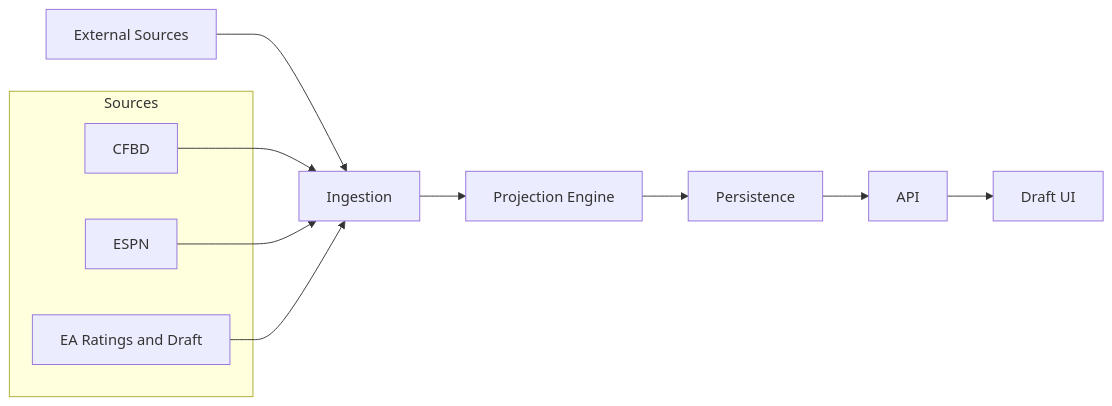
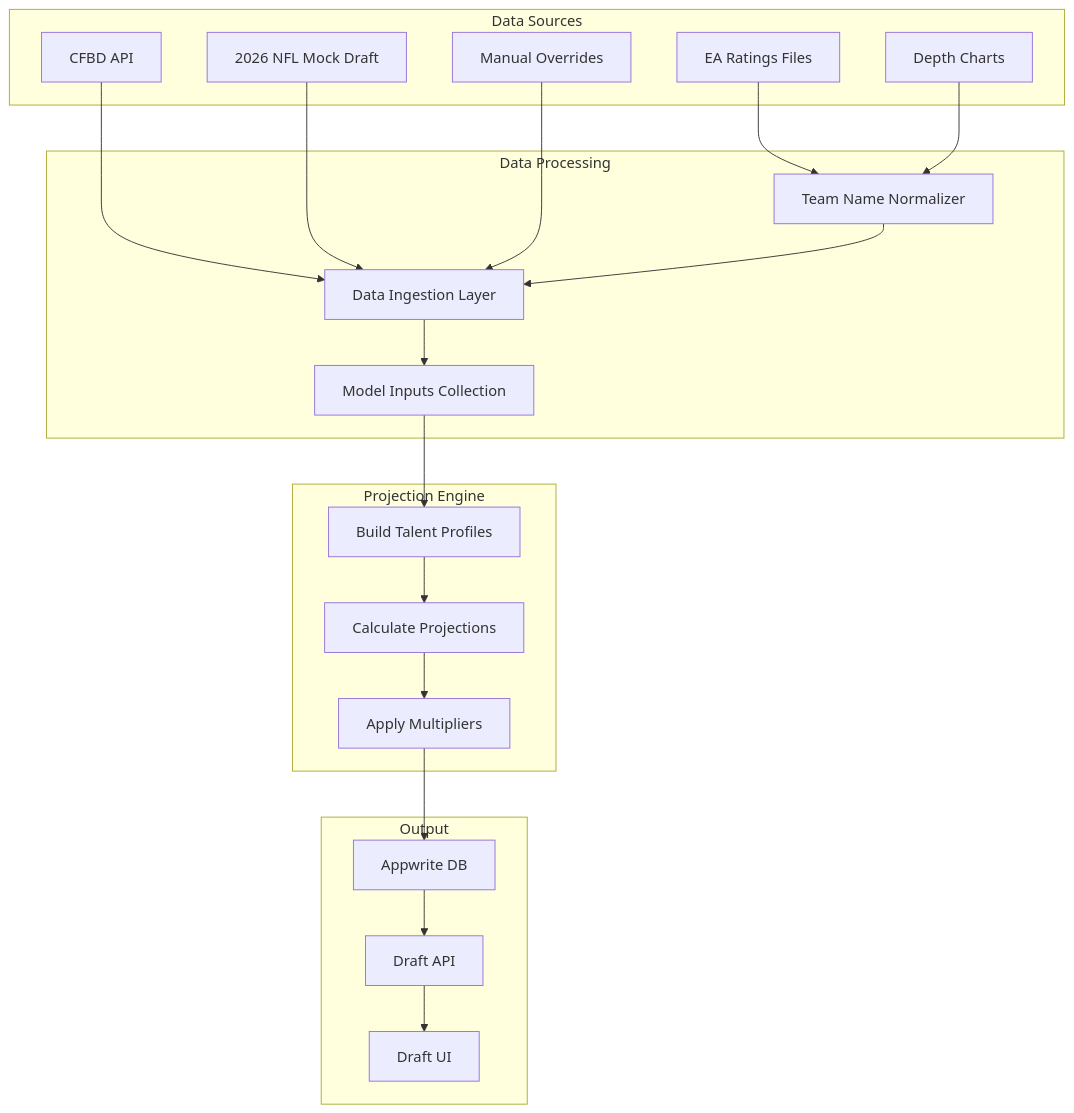
The first of 9 diagrams in public/docs/draft/PROJECTIONS_DIAGRAMS.md (kpm34/college-football-fantasy-app), drawn with Mermaid before and after one commit. The commit also changed other lines of this file and 11 other files, not shown here.

First line of the commit message:
feat: Update projection system with enhanced logic and comprehensive diagrams

````diff
--- a/public/docs/draft/PROJECTIONS_DIAGRAMS.md
+++ b/public/docs/draft/PROJECTIONS_DIAGRAMS.md
@@ -9,17 +5,43 @@
 ```mermaid
-flowchart LR
-  A[External Sources] --> B[Ingestion]
-  B --> C[Projection Engine]
-  C --> D[Persistence]
-  D --> E[API]
-  E --> F[Draft UI]
-
-  subgraph Sources
-    S1[CFBD]
-    S2[ESPN]
-    S3[EA Ratings and Draft]
-  end
-  S1 --> B
-  S2 --> B
-  S3 --> B
+flowchart TB
+    subgraph "Data Sources"
+        CFBD[CFBD API]
+        EA[EA Ratings Files]
+        DC[Depth Charts]
+        NFL[2026 NFL Mock Draft]
+        MO[Manual Overrides]
+    end
+    
+    subgraph "Data Processing"
+        NORM[Team Name Normalizer]
+        INGEST[Data Ingestion Layer]
+        CACHE[Model Inputs Collection]
+    end
+    
+    subgraph "Projection Engine"
+        BUILD[Build Talent Profiles]
+        CALC[Calculate Projections]
+        MULT[Apply Multipliers]
+    end
+    
+    subgraph "Output"
+        DB[Appwrite DB]
+        API[Draft API]
+        UI[Draft UI]
+    end
+    
+    CFBD --> INGEST
+    EA --> NORM
+    DC --> NORM
+    NFL --> INGEST
+    MO --> INGEST
+    
+    NORM --> INGEST
+    INGEST --> CACHE
+    CACHE --> BUILD
+    BUILD --> CALC
+    CALC --> MULT
+    MULT --> DB
+    DB --> API
+    API --> UI
 ```
````
